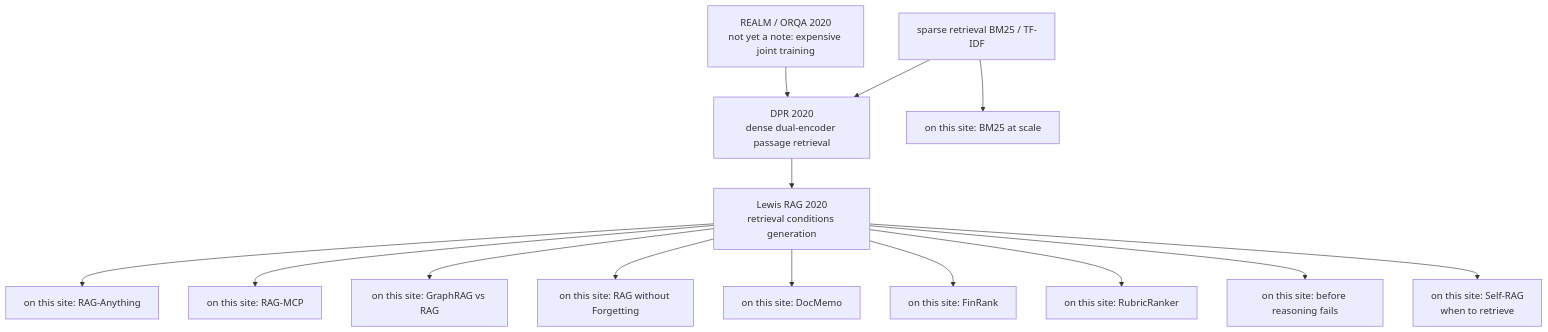
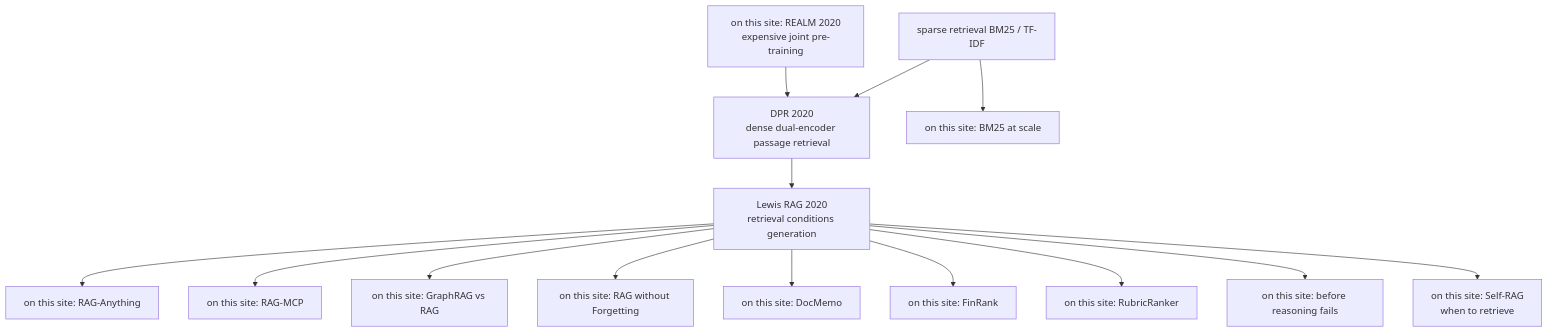
The diagram in src/content/blog/en/92-rag-method-foundation-reading-map.md (poirotw66/poirotw66.github.io), drawn with Mermaid before and after one commit. The commit also changed other lines of this file and 15 other files, not shown here.

First line of the commit message:
Add REALM paper-reading note 34 as expensive RAG ancestor

````diff
--- a/src/content/blog/en/92-rag-method-foundation-reading-map.md
+++ b/src/content/blog/en/92-rag-method-foundation-reading-map.md
@@ -45,18 +45,18 @@
 ```mermaid
 flowchart TB
   Sparse["sparse retrieval BM25 / TF-IDF"]
-  REALM["REALM / ORQA 2020<br/>not yet a note: expensive joint training"]
+  REALM["on this site: REALM 2020<br/>expensive joint pre-training"]
   Sparse --> DPR["DPR 2020<br/>dense dual-encoder passage retrieval"]
   REALM --> DPR
   DPR --> RAG["Lewis RAG 2020<br/>retrieval conditions generation"]
   Sparse --> BM25leaf["on this site: BM25 at scale"]
   RAG --> Anything["on this site: RAG-Anything"]
   RAG --> RAGMCP["on this site: RAG-MCP"]
   RAG --> Graph["on this site: GraphRAG vs RAG"]
   RAG --> ERM["on this site: RAG without Forgetting"]
   RAG --> DocMemo["on this site: DocMemo"]
   RAG --> FinRank["on this site: FinRank"]
   RAG --> Rubric["on this site: RubricRanker"]
   RAG --> ReadGate["on this site: before reasoning fails"]
   RAG --> SelfRAG["on this site: Self-RAG<br/>when to retrieve"]
 ```
````
